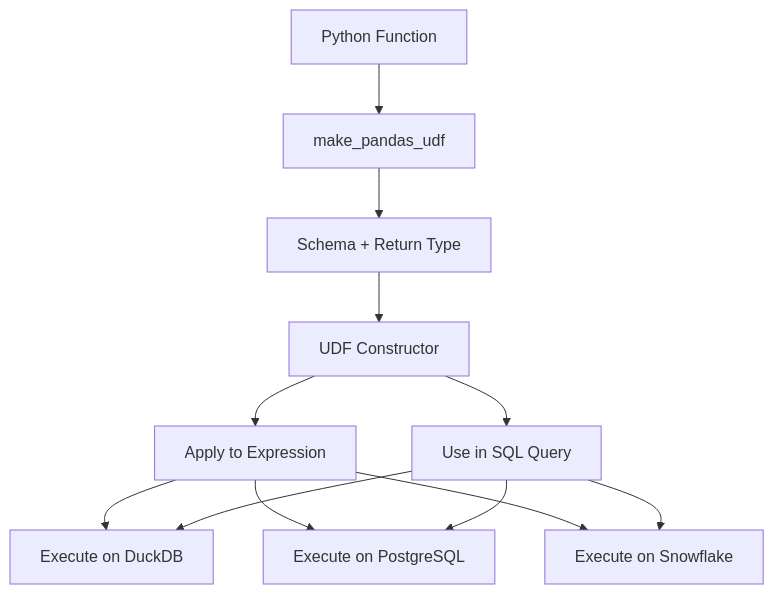
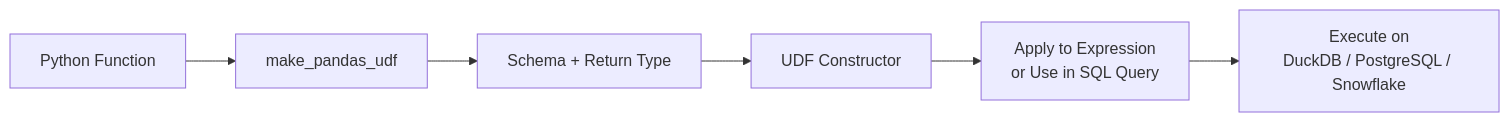
The second of 2 diagrams in docs/concepts/advanced_capabilities/user_defined_functions.qmd (xorq-labs/xorq), drawn with Mermaid before and after one commit. The commit also changed other lines of this file and 20 other files, not shown here.

Commit message:
docs: Refine concept pages, restructure index, improve diagrams, and ensure responsive design

````diff
--- a/docs/concepts/advanced_capabilities/user_defined_functions.qmd
+++ b/docs/concepts/advanced_capabilities/user_defined_functions.qmd
@@ -87,14 +87,9 @@
 ```{mermaid}
-graph TB
+%%| eval: true
+graph LR
     A[Python Function] --> B[make_pandas_udf]
     B --> C[Schema + Return Type]
     C --> D[UDF Constructor]
-    D --> E[Apply to Expression]
-    D --> F[Use in SQL Query]
-    E --> G[Execute on DuckDB]
-    E --> H[Execute on PostgreSQL]
-    E --> I[Execute on Snowflake]
-    F --> G
-    F --> H
-    F --> I
+    D --> E[Apply to Expression<br/>or Use in SQL Query]
+    E --> F[Execute on<br/>DuckDB / PostgreSQL / Snowflake]
 ```
````
